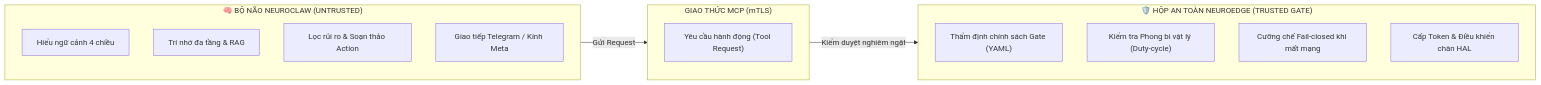
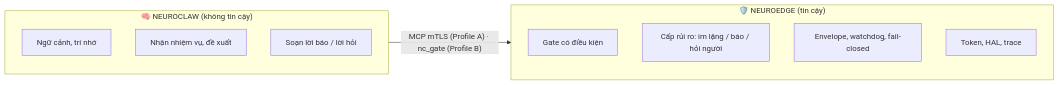
Before and after one commit to letrongminh/neuroedge-init: the diagram in docs/business/brd-ambient-intelligence.md, drawn with Mermaid. The commit also changed other lines of this file and 2 other files, not shown here.

First line of the commit message:
BRD v1.1 approved (Q-85): calm home assistant, gate decides when to ask

````diff
--- a/docs/business/brd-ambient-intelligence.md
+++ b/docs/business/brd-ambient-intelligence.md
@@ -159,25 +161,15 @@
 ```mermaid
 flowchart LR
-    subgraph Brain["🧠 BỘ NÃO NEUROCLAW (UNTRUSTED)"]
-        direction TB
-        B1["Hiểu ngữ cảnh 4 chiều"]
-        B2["Trí nhớ đa tầng & RAG"]
-        B3["Lọc rủi ro & Soạn thảo Action"]
-        B4["Giao tiếp Telegram / Kính Meta"]
+    subgraph Brain["🧠 NEUROCLAW (không tin cậy)"]
+        B1["Ngữ cảnh, trí nhớ"]
+        B2["Nhận nhiệm vụ, đề xuất"]
+        B3["Soạn lời báo / lời hỏi"]
     end
-
-    subgraph Bridge["GIAO THỨC MCP (mTLS)"]
-        REQ["Yêu cầu hành động (Tool Request)"]
+    subgraph Box["🛡️ NEUROEDGE (tin cậy)"]
+        G1["Gate có điều kiện"]
+        G2["Cấp rủi ro: im lặng / báo / hỏi người"]
+        G3["Envelope, watchdog, fail-closed"]
+        G4["Token, HAL, trace"]
     end
-
-    subgraph Box["🛡️ HỘP AN TOÀN NEUROEDGE (TRUSTED GATE)"]
-        direction TB
-        G1["Thẩm định chính sách Gate (YAML)"]
-        G2["Kiểm tra Phong bì vật lý (Duty-cycle)"]
-        G3["Cưỡng chế Fail-closed khi mất mạng"]
-        G4["Cấp Token & Điều khiển chân HAL"]
-    end
-
-    Brain -->|"Gửi Request"| Bridge
-    Bridge -->|"Kiểm duyệt nghiêm ngặt"| Box
+    Brain -->|"MCP mTLS (Profile A) · nc_gate (Profile B)"| Box
 ```
````
